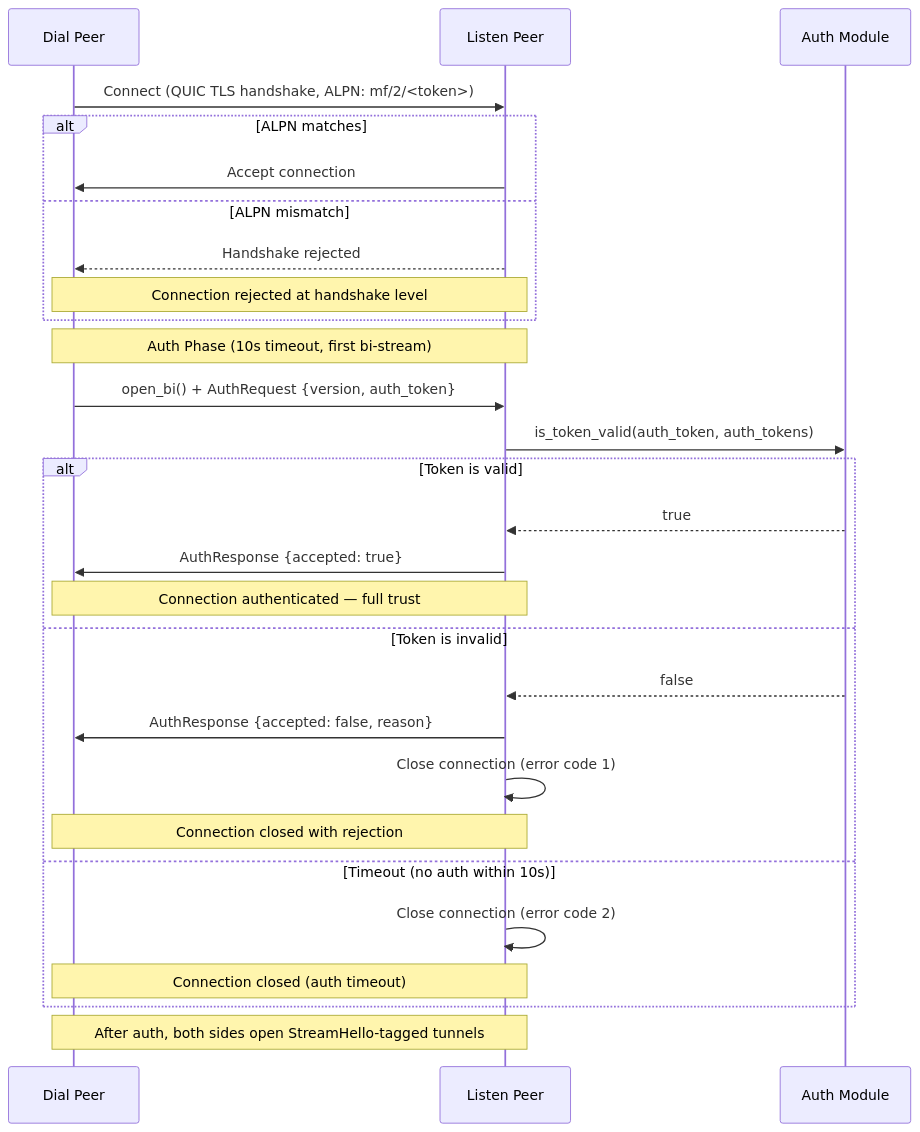
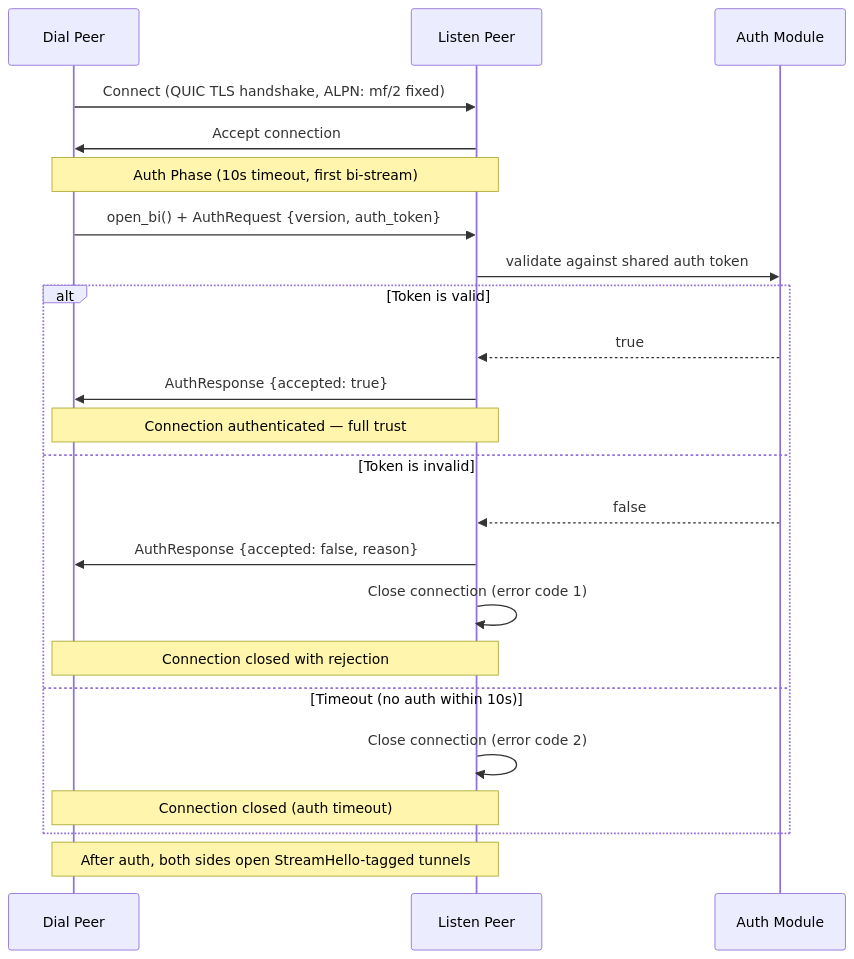
One commit to andrewtheguy/duopipe changed diagram 18 of 25 in docs/ARCHITECTURE.md. Above: the diagram before and after it, drawn with Mermaid. The commit also changed other lines of this file and 14 other files, not shown here.

````diff
--- a/docs/ARCHITECTURE.md
+++ b/docs/ARCHITECTURE.md
@@ -696,33 +648,28 @@
 ```mermaid
 sequenceDiagram
     participant D as Dial Peer
     participant L as Listen Peer
     participant A as Auth Module
 
-    D->>L: Connect (QUIC TLS handshake, ALPN: mf/2/<token>)
-    alt ALPN matches
-        L->>D: Accept connection
-    else ALPN mismatch
-        L-->>D: Handshake rejected
-        Note over L,D: Connection rejected at handshake level
-    end
+    D->>L: Connect (QUIC TLS handshake, ALPN: mf/2 fixed)
+    L->>D: Accept connection
 
     Note over D,L: Auth Phase (10s timeout, first bi-stream)
     D->>L: open_bi() + AuthRequest {version, auth_token}
-    L->>A: is_token_valid(auth_token, auth_tokens)
+    L->>A: validate against shared auth token
     alt Token is valid
         A-->>L: true
         L->>D: AuthResponse {accepted: true}
         Note over L,D: Connection authenticated — full trust
     else Token is invalid
         A-->>L: false
         L->>D: AuthResponse {accepted: false, reason}
         L->>L: Close connection (error code 1)
         Note over L,D: Connection closed with rejection
     else Timeout (no auth within 10s)
         L->>L: Close connection (error code 2)
         Note over L,D: Connection closed (auth timeout)
     end
 
     Note over D,L: After auth, both sides open StreamHello-tagged tunnels
 ```
````
